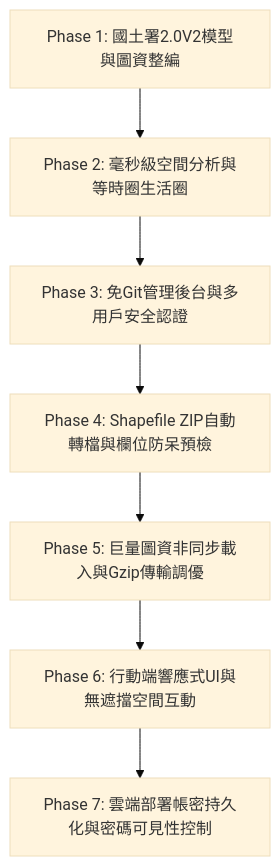
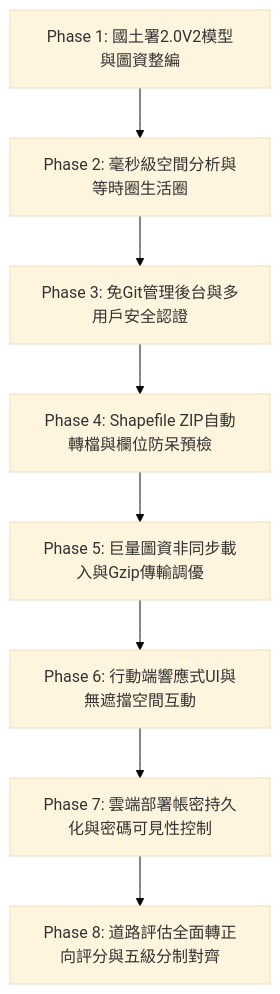
Before and after one commit to YTCheng0507/HCTWebGISdemo: the first of 3 diagrams in docs/PLATFORM_BUILD_GUIDE.md, drawn with Mermaid (base theme). The commit also changed other lines of this file and 4 other files, not shown here.

````diff
--- a/docs/PLATFORM_BUILD_GUIDE.md
+++ b/docs/PLATFORM_BUILD_GUIDE.md
@@ -22,9 +22,10 @@
 ```mermaid
 flowchart TD
     A[Phase 1: 國土署2.0V2模型與圖資整編] --> B[Phase 2: 毫秒級空間分析與等時圈生活圈]
     B --> C[Phase 3: 免Git管理後台與多用戶安全認證]
     C --> D[Phase 4: Shapefile ZIP自動轉檔與欄位防呆預檢]
     D --> E[Phase 5: 巨量圖資非同步載入與Gzip傳輸調優]
     E --> F[Phase 6: 行動端響應式UI與無遮擋空間互動]
     F --> G[Phase 7: 雲端部署帳密持久化與密碼可見性控制]
+    G --> H[Phase 8: 道路評估全面轉正向評分與五級分制對齊]
 ```
````
